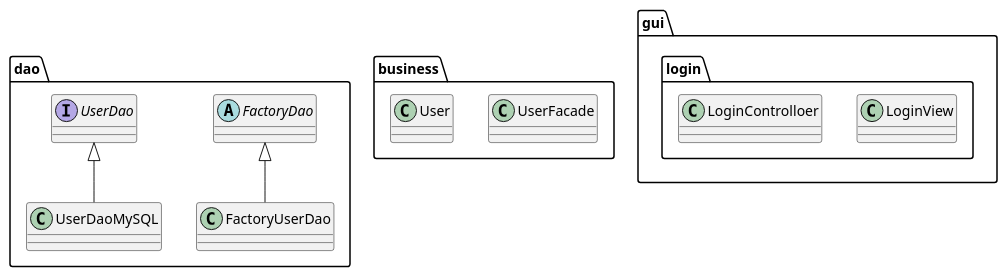
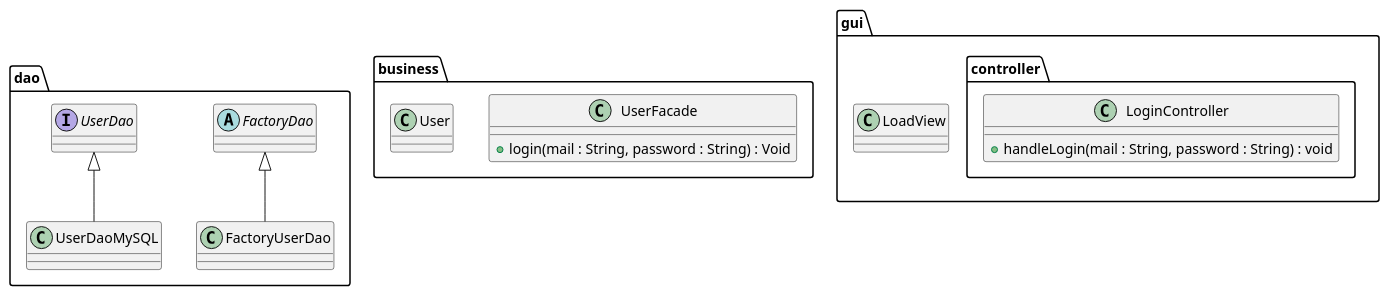
One commit to LaunoisRemy/ToolShare changed the diagram in documents/diagram/login/loginClass.puml. Above: the diagram before and after it, drawn with PlantUML. The commit also changed 4 other files, not shown here.

```diff
--- a/documents/diagram/login/loginClass.puml
+++ b/documents/diagram/login/loginClass.puml
@@ -1,26 +1,30 @@
 @startuml
 
 package dao {
     abstract FactoryDao
     class FactoryUserDao
     interface UserDao
     class UserDaoMySQL
     FactoryDao <|-- FactoryUserDao
     UserDao <|-- UserDaoMySQL
 }
 
 package business{
-    class UserFacade
+    class UserFacade{
+        +login(mail : String, password : String) : Void
+    }
     class User
 }
 
 package gui{
-    package login{
-        class LoginView
-        class LoginControlloer
+    class LoadView
+    package controller{
+        class LoginController{
+            + handleLogin(mail : String, password : String) : void
+        }
     }
 }
 
 
 
 @enduml
```
